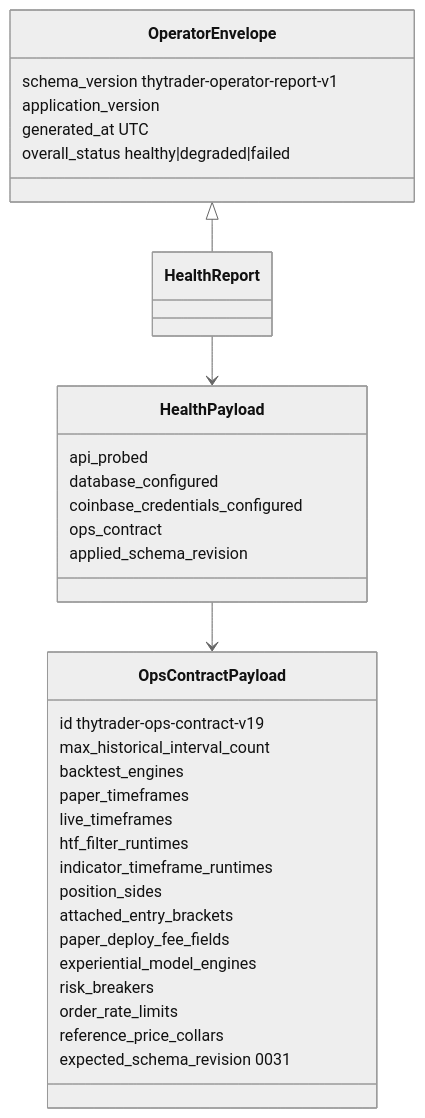
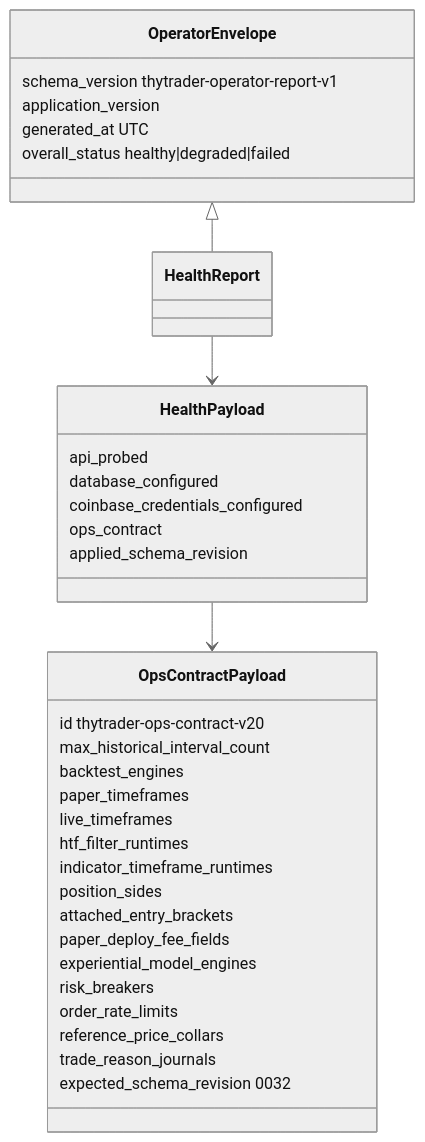
One commit to Zoltesh/thytrader changed the first of 2 diagrams in docs/architecture/contracts/ops-contract.md. Above: the diagram before and after it, drawn with Mermaid (neutral theme). The commit also changed other lines of this file and 64 other files, not shown here.

First line of the commit message:
feat(memory): durable trade-reason journals for why-trade review

````diff
--- a/docs/architecture/contracts/ops-contract.md
+++ b/docs/architecture/contracts/ops-contract.md
@@ -30,36 +31,37 @@
 ```mermaid
 classDiagram
   class OpsContractPayload {
-    id thytrader-ops-contract-v19
+    id thytrader-ops-contract-v20
     max_historical_interval_count
     backtest_engines
     paper_timeframes
     live_timeframes
     htf_filter_runtimes
     indicator_timeframe_runtimes
     position_sides
     attached_entry_brackets
     paper_deploy_fee_fields
     experiential_model_engines
     risk_breakers
     order_rate_limits
     reference_price_collars
-    expected_schema_revision 0031
+    trade_reason_journals
+    expected_schema_revision 0032
   }
   class HealthPayload {
     api_probed
     database_configured
     coinbase_credentials_configured
     ops_contract
     applied_schema_revision
   }
   class OperatorEnvelope {
     schema_version thytrader-operator-report-v1
     application_version
     generated_at UTC
     overall_status healthy|degraded|failed
   }
   HealthPayload --> OpsContractPayload
   OperatorEnvelope <|-- HealthReport
   HealthReport --> HealthPayload
 ```
````
